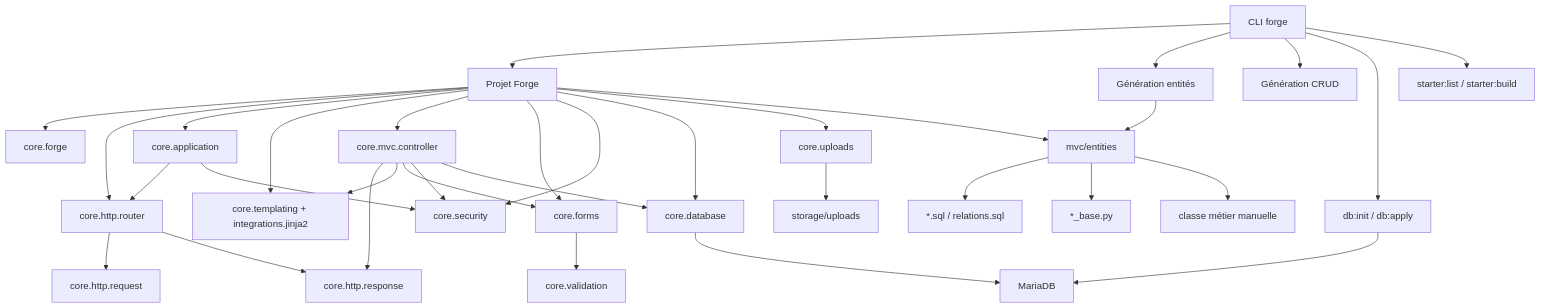
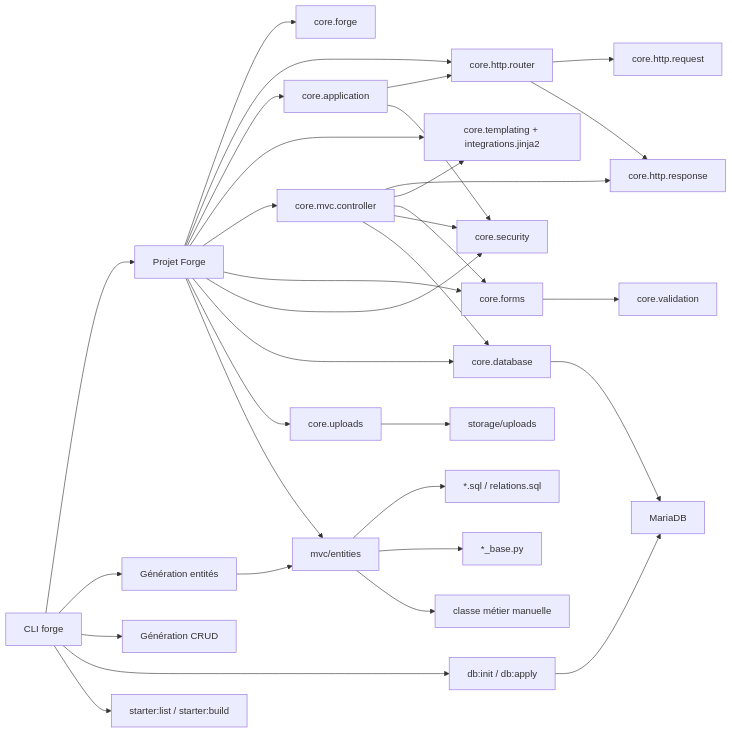
One commit to caucrogeGit/Forge changed the diagram in docs/reference.md. Above: the diagram before and after it, drawn with Mermaid. The commit also changed other lines of this file and 22 other files, not shown here.

````diff
--- a/docs/reference.md
+++ b/docs/reference.md
@@ -13,37 +16,37 @@
 ```mermaid
-flowchart TD
+flowchart LR
     CLI["CLI forge"] --> Project["Projet Forge"]
     CLI --> EntityGen["Génération entités"]
     CLI --> CrudGen["Génération CRUD"]
     CLI --> DbTools["db:init / db:apply"]
     CLI --> Starters["starter:list / starter:build"]
 
     Project --> CoreConfig["core.forge"]
     Project --> Router["core.http.router"]
     Project --> App["core.application"]
     Project --> Templates["core.templating + integrations.jinja2"]
     Project --> Controllers["core.mvc.controller"]
     Project --> Forms["core.forms"]
     Project --> Security["core.security"]
     Project --> Database["core.database"]
     Project --> Uploads["core.uploads"]
     Project --> Entities["mvc/entities"]
 
     App --> Router
     App --> Security
     Router --> Request["core.http.request"]
     Router --> Response["core.http.response"]
     Controllers --> Response
     Controllers --> Templates
     Controllers --> Forms
     Controllers --> Security
     Controllers --> Database
     Forms --> Validation["core.validation"]
     EntityGen --> Entities
     Entities --> GeneratedSql["*.sql / relations.sql"]
     Entities --> GeneratedBase["*_base.py"]
     Entities --> ManualClass["classe métier manuelle"]
     Database --> MariaDB["MariaDB"]
     DbTools --> MariaDB
     Uploads --> Storage["storage/uploads"]
 ```
````
